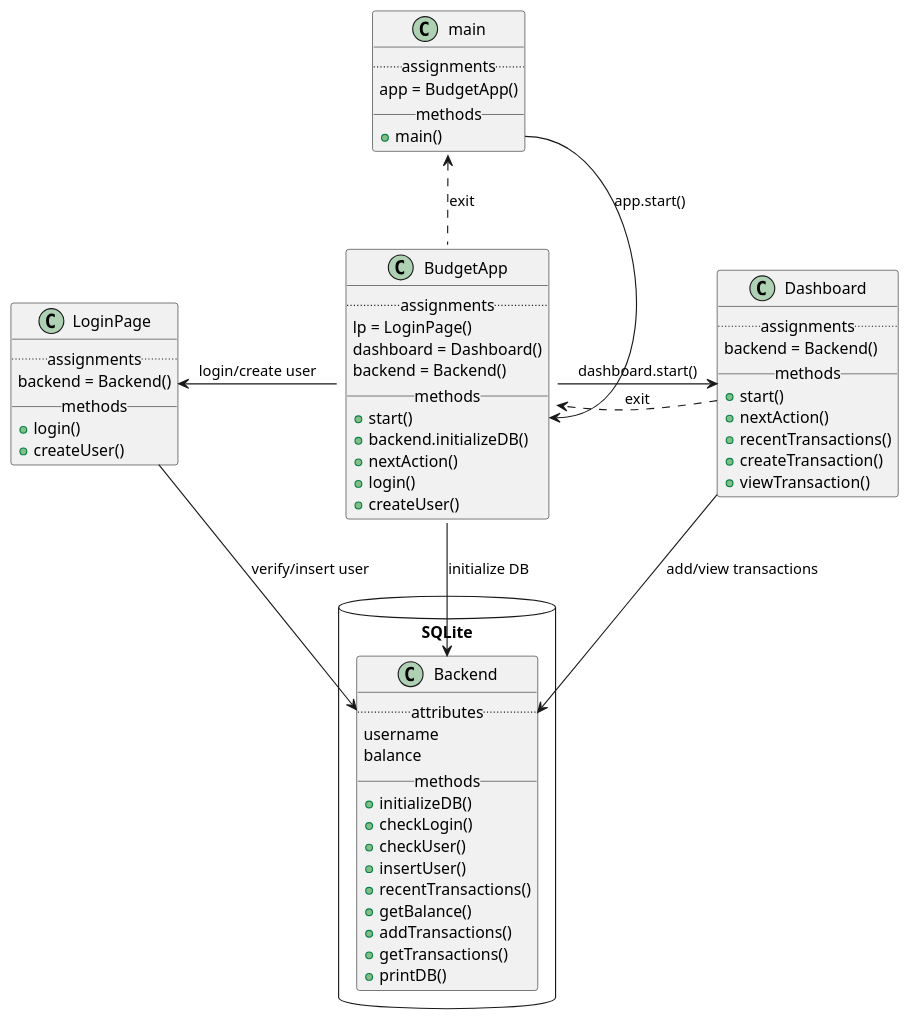
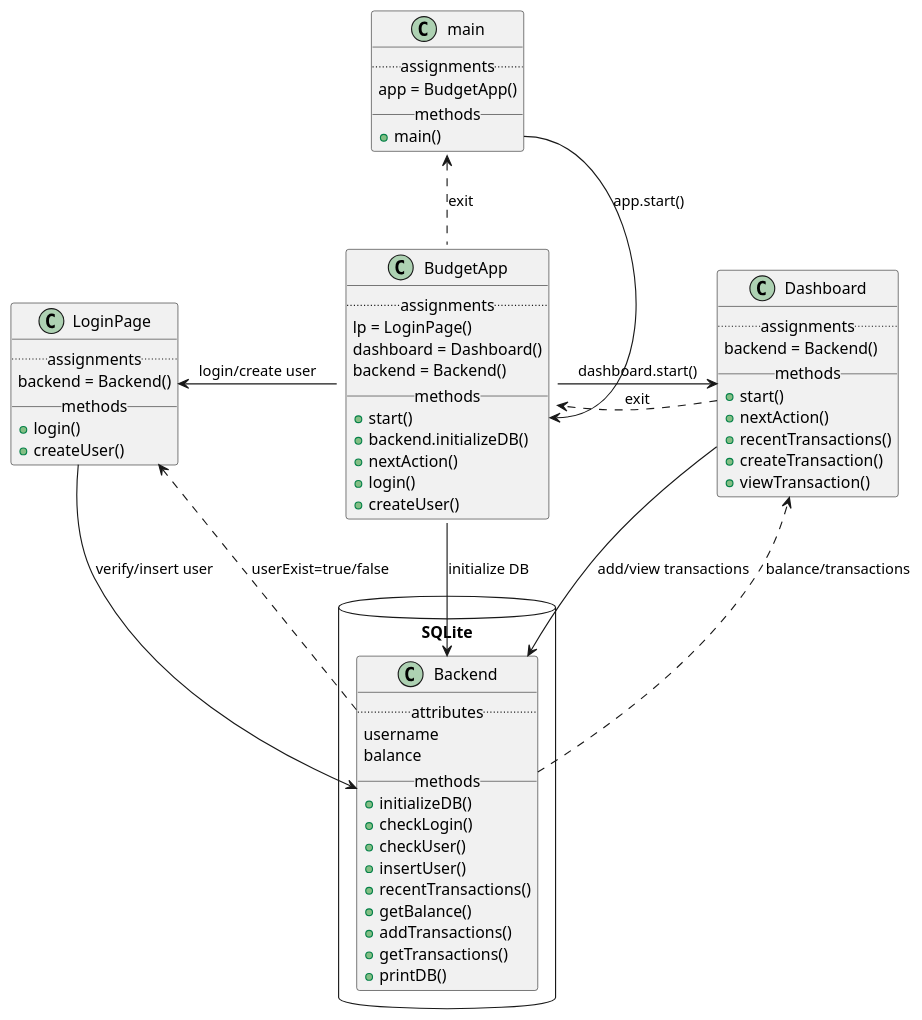
Before and after one commit to Tawn/BudgetTracker: the diagram in overview.plantuml, drawn with PlantUML.

Commit message:
complete

```diff
--- a/overview.plantuml
+++ b/overview.plantuml
@@ -1,71 +1,74 @@
 @startuml Overview
 
 class main {
     ..assignments..
     app = BudgetApp()
     __methods__
     +main()
 }
 
 class BudgetApp {
     ..assignments..
     lp = LoginPage()
     dashboard = Dashboard()
     backend = Backend()
     __methods__
     +start()
     +backend.initializeDB()
     +nextAction()
     +login()
     +createUser()
 }
 
 package SQLite <<Database>> {
     class Backend { 
         ..attributes..
         username
         balance
         __methods__
         +initializeDB()
         +checkLogin()
         +checkUser()
         +insertUser()
         +recentTransactions()
         +getBalance()
         +addTransactions()
         +getTransactions()
         +printDB()
     }
 }
 
 class LoginPage {
     ..assignments..
     backend = Backend()
     __methods__
     +login()
     +createUser()
 }
 
 class Dashboard {
     ..assignments..
     backend = Backend()
     __methods__
     +start()
     +nextAction()
     +recentTransactions()
     +createTransaction()
     +viewTransaction()
 }
 
 main::main -down-> BudgetApp::start : app.start()
 
 BudgetApp .up.> main : exit
 BudgetApp -down-> Backend : initialize DB
 BudgetApp -left-> LoginPage : login/create user
 BudgetApp -right-> Dashboard : dashboard.start()
 
 LoginPage --> Backend : verify/insert user
 
 Dashboard ..> BudgetApp : exit
 Dashboard --> Backend : add/view transactions
+
+Backend ..> LoginPage : userExist=true/false
+Backend ..> Dashboard : balance/transactions
 @enduml
```
